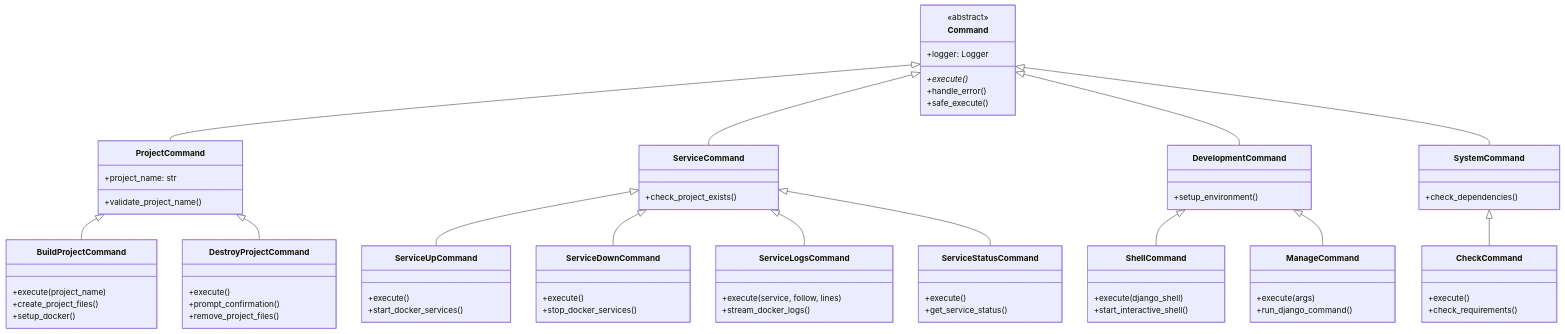
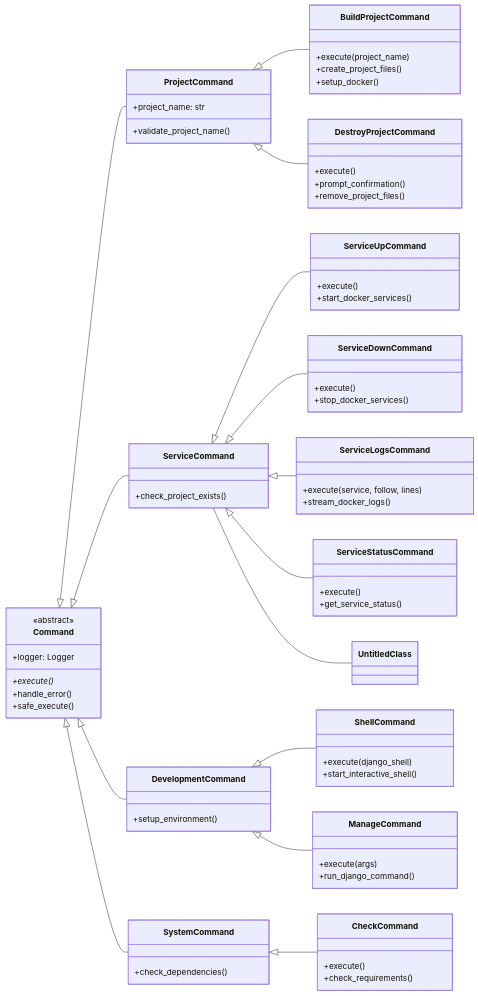
One commit to Experto-AI/quickscale changed the fifth of 7 diagrams in TECHNICAL_DOCS.md. Above: the diagram before and after it, drawn with Mermaid. The commit also changed other lines of this file and 1 other file, not shown here.

Commit message:
Updated mermaid diagrams for better visualization

````diff
--- a/TECHNICAL_DOCS.md
+++ b/TECHNICAL_DOCS.md
@@ -294,102 +267,85 @@
 ```mermaid
+---
+config:
+  layout: dagre
+  look: classic
+---
 classDiagram
-    direction TD
-    
-    %% Base abstract command class
+direction LR
     class Command {
-        <<abstract>>
-        +logger: Logger
-        +execute()*
-        +handle_error()
-        +safe_execute()
+	    +logger: Logger
+	    +execute()*
+	    +handle_error()
+	    +safe_execute()
     }
-    
-    %% First level command categories
     class ProjectCommand {
-        +project_name: str
-        +validate_project_name()
+	    +project_name: str
+	    +validate_project_name()
     }
-    
     class ServiceCommand {
-        +check_project_exists()
+	    +check_project_exists()
     }
-    
     class DevelopmentCommand {
-        +setup_environment()
+	    +setup_environment()
     }
-    
     class SystemCommand {
-        +check_dependencies()
+	    +check_dependencies()
     }
-    
-    %% Inheritance connections for first level
+    class BuildProjectCommand {
+	    +execute(project_name)
+	    +create_project_files()
+	    +setup_docker()
+    }
+    class DestroyProjectCommand {
+	    +execute()
+	    +prompt_confirmation()
+	    +remove_project_files()
+    }
+    class ServiceUpCommand {
+	    +execute()
+	    +start_docker_services()
+    }
+    class ServiceDownCommand {
+	    +execute()
+	    +stop_docker_services()
+    }
+    class ServiceLogsCommand {
+	    +execute(service, follow, lines)
+	    +stream_docker_logs()
+    }
+    class ServiceStatusCommand {
+	    +execute()
+	    +get_service_status()
+    }
+    class ShellCommand {
+	    +execute(django_shell)
+	    +start_interactive_shell()
+    }
+    class ManageCommand {
+	    +execute(args)
+	    +run_django_command()
+    }
+    class CheckCommand {
+	    +execute()
+	    +check_requirements()
+    }
+    class UntitledClass {
+    }
+
+	<<abstract>> Command
+
     Command <|-- ProjectCommand
     Command <|-- ServiceCommand
     Command <|-- DevelopmentCommand
     Command <|-- SystemCommand
-    
-    %% Concrete project commands
-    class BuildProjectCommand {
-        +execute(project_name)
-        +create_project_files()
-        +setup_docker()
-    }
-    
-    class DestroyProjectCommand {
-        +execute()
-        +prompt_confirmation()
-        +remove_project_files()
-    }
-    
-    %% Concrete service commands
-    class ServiceUpCommand {
-        +execute()
-        +start_docker_services()
-    }
-    
-    class ServiceDownCommand {
-        +execute()
-        +stop_docker_services()
-    }
-    
-    class ServiceLogsCommand {
-        +execute(service, follow, lines)
-        +stream_docker_logs()
-    }
-    
-    class ServiceStatusCommand {
-        +execute()
-        +get_service_status()
-    }
-    
-    %% Concrete development commands
-    class ShellCommand {
-        +execute(django_shell)
-        +start_interactive_shell()
-    }
-    
-    class ManageCommand {
-        +execute(args)
-        +run_django_command()
-    }
-    
-    %% Concrete system commands
-    class CheckCommand {
-        +execute()
-        +check_requirements()
-    }
-    
-    %% Inheritance connections for concrete classes
     ProjectCommand <|-- BuildProjectCommand
     ProjectCommand <|-- DestroyProjectCommand
-    
     ServiceCommand <|-- ServiceUpCommand
     ServiceCommand <|-- ServiceDownCommand
     ServiceCommand <|-- ServiceLogsCommand
     ServiceCommand <|-- ServiceStatusCommand
-    
     DevelopmentCommand <|-- ShellCommand
     DevelopmentCommand <|-- ManageCommand
-    
     SystemCommand <|-- CheckCommand
+    ServiceCommand -- UntitledClass
 ```
````
